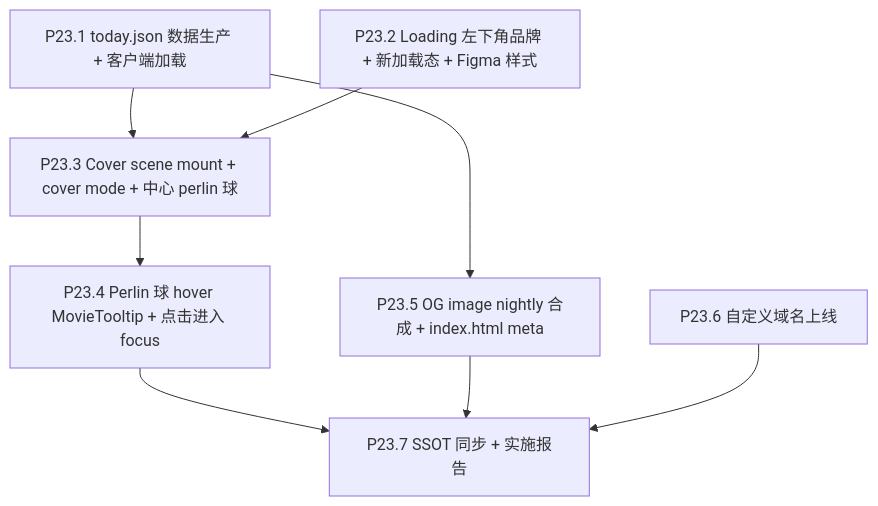
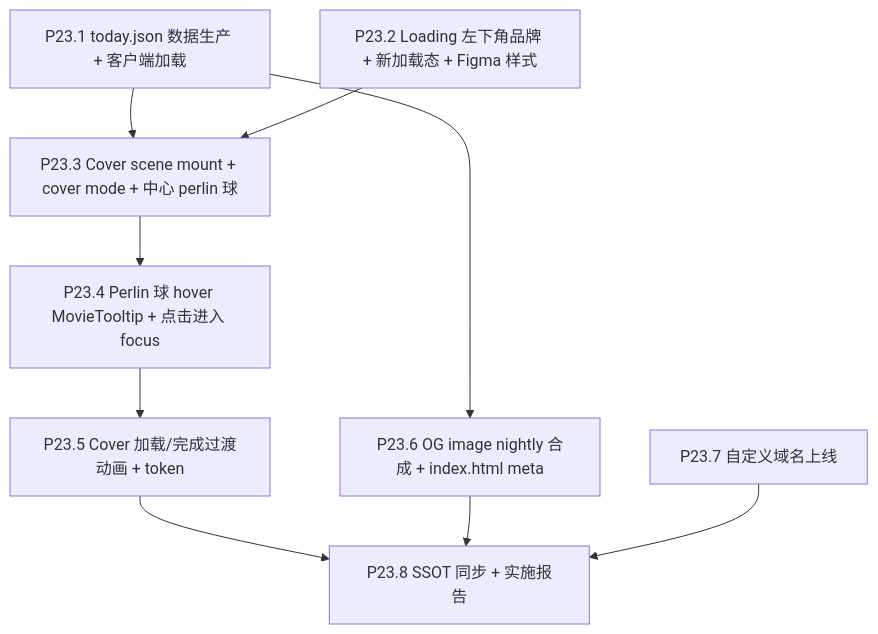
The diagram in .cursor/plans/phase_23_movie_today_domain_og_8aceff5a.plan.md (XYBuilds/chronicle_v3_3d_galaxy), drawn with Mermaid before and after one commit. The commit also changed other lines of this file, not shown here.

Commit message:
Refactor Phase 23 plans: Update cover loading transition and OG image pipeline tasks. Enhance loading state with new animation tokens and remove existing gradient animations. Adjust document synchronization tasks for clarity and sequence.

````diff
--- a/.cursor/plans/phase_23_movie_today_domain_og_8aceff5a.plan.md
+++ b/.cursor/plans/phase_23_movie_today_domain_og_8aceff5a.plan.md
@@ -72,18 +75,20 @@
 ```mermaid
 flowchart TD
     P231["P23.1 today.json 数据生产 + 客户端加载"]
     P232["P23.2 Loading 左下角品牌 + 新加载态 + Figma 样式"]
     P233["P23.3 Cover scene mount + cover mode + 中心 perlin 球"]
     P234["P23.4 Perlin 球 hover MovieTooltip + 点击进入 focus"]
-    P235["P23.5 OG image nightly 合成 + index.html meta"]
-    P236["P23.6 自定义域名上线"]
-    P237["P23.7 SSOT 同步 + 实施报告"]
+    P235["P23.5 Cover 加载/完成过渡动画 + token"]
+    P236["P23.6 OG image nightly 合成 + index.html meta"]
+    P237["P23.7 自定义域名上线"]
+    P238["P23.8 SSOT 同步 + 实施报告"]
 
     P231 --> P233
-    P231 --> P235
+    P231 --> P236
     P232 --> P233
     P233 --> P234
-    P234 --> P237
-    P235 --> P237
-    P236 --> P237
+    P234 --> P235
+    P235 --> P238
+    P236 --> P238
+    P237 --> P238
 ```
````
